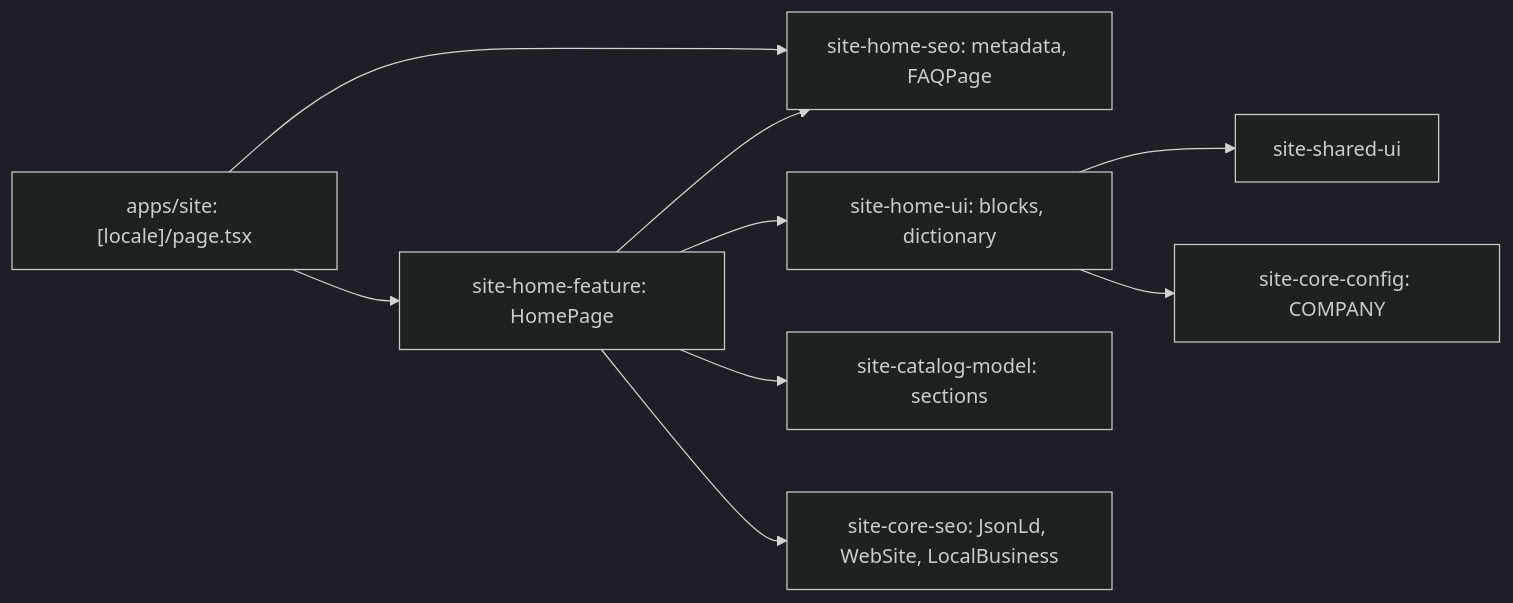
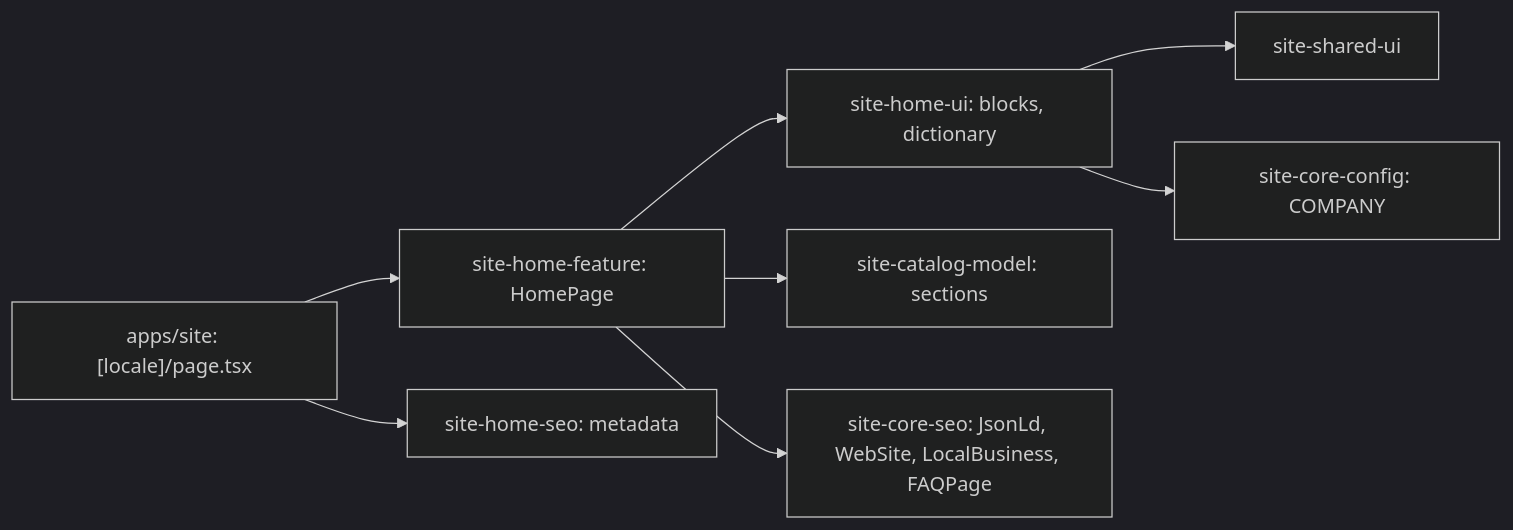
The diagram in docs/features/site/home.md (Weretik/brevi-web), drawn with Mermaid (dark theme) before and after one commit. The commit also changed other lines of this file and 54 other files, not shown here.

````diff
--- a/docs/features/site/home.md
+++ b/docs/features/site/home.md
@@ -11,11 +11,10 @@
 ```mermaid
 flowchart LR
   Route["apps/site: [locale]/page.tsx"] --> Feature["site-home-feature: HomePage"]
-  Route --> HomeSeo["site-home-seo: metadata, FAQPage"]
+  Route --> HomeSeo["site-home-seo: metadata"]
   Feature --> Ui["site-home-ui: blocks, dictionary"]
-  Feature --> HomeSeo
   Feature --> Model["site-catalog-model: sections"]
-  Feature --> Seo["site-core-seo: JsonLd, WebSite, LocalBusiness"]
+  Feature --> Seo["site-core-seo: JsonLd, WebSite, LocalBusiness, FAQPage"]
   Ui --> Shared["site-shared-ui"]
   Ui --> Config["site-core-config: COMPANY"]
 ```
````
